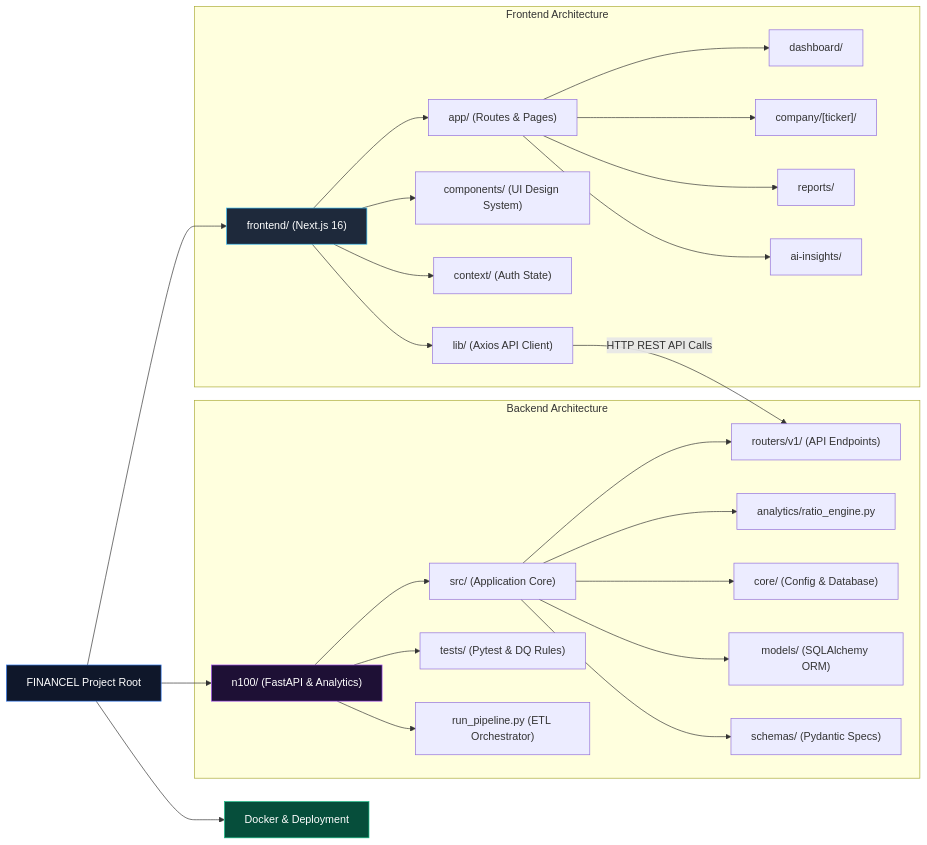
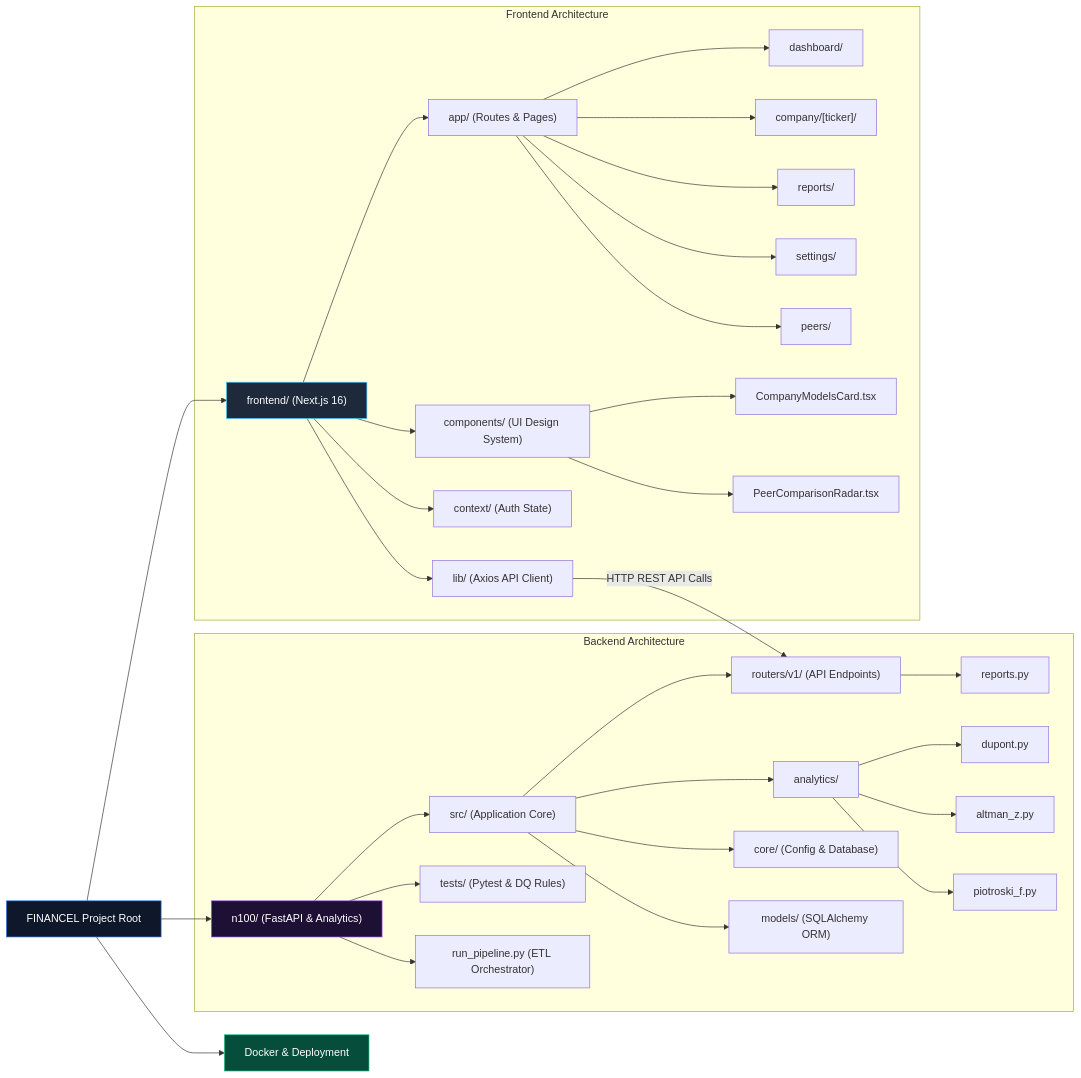
The fourth of 7 diagrams in README.md (MALLAMPOLAIAHGANESH/n100-financial-intelligence-platform), drawn with Mermaid before and after one commit. The commit also changed other lines of this file, not shown here.

Commit message:
docs: update README.md with DuPont, Altman Z, Piotroski models, reports API & peer radar

````diff
--- a/README.md
+++ b/README.md
@@ -215,37 +203,45 @@
 ```mermaid
 flowchart LR
     Root["FINANCEL Project Root"] --> Frontend["frontend/ (Next.js 16)"]
     Root --> Backend["n100/ (FastAPI & Analytics)"]
     Root --> Deploy["Docker & Deployment"]
 
     subgraph Frontend_Tree ["Frontend Architecture"]
         Frontend --> App["app/ (Routes & Pages)"]
         Frontend --> Comp["components/ (UI Design System)"]
         Frontend --> Ctx["context/ (Auth State)"]
         Frontend --> Lib["lib/ (Axios API Client)"]
+
+        Comp --> CompModels["CompanyModelsCard.tsx"]
+        Comp --> PeerRadar["PeerComparisonRadar.tsx"]
         
         App --> Dash["dashboard/"]
         App --> CompProf["company/[ticker]/"]
         App --> RepPage["reports/"]
-        App --> AIInsight["ai-insights/"]
+        App --> SettingsPage["settings/"]
+        App --> PeersPage["peers/"]
     end
 
     subgraph Backend_Tree ["Backend Architecture"]
         Backend --> Src["src/ (Application Core)"]
         Backend --> Tests["tests/ (Pytest & DQ Rules)"]
         Backend --> Scripts["run_pipeline.py (ETL Orchestrator)"]
 
         Src --> Routers["routers/v1/ (API Endpoints)"]
-        Src --> Analytics["analytics/ratio_engine.py"]
+        Src --> Analytics["analytics/"]
         Src --> Core["core/ (Config & Database)"]
         Src --> Models["models/ (SQLAlchemy ORM)"]
-        Src --> Schemas["schemas/ (Pydantic Specs)"]
+
+        Analytics --> DuPontFile["dupont.py"]
+        Analytics --> AltmanFile["altman_z.py"]
+        Analytics --> PiotroskiFile["piotroski_f.py"]
+        Routers --> RepRouter["reports.py"]
     end
 
     Lib -->|"HTTP REST API Calls"| Routers
 
     style Root fill:#0f172a,stroke:#3b82f6,color:#fff
     style Frontend fill:#1e293b,stroke:#38bdf8,color:#fff
     style Backend fill:#1e1035,stroke:#a855f7,color:#fff
     style Deploy fill:#064e3b,stroke:#10b981,color:#fff
 ```
````
